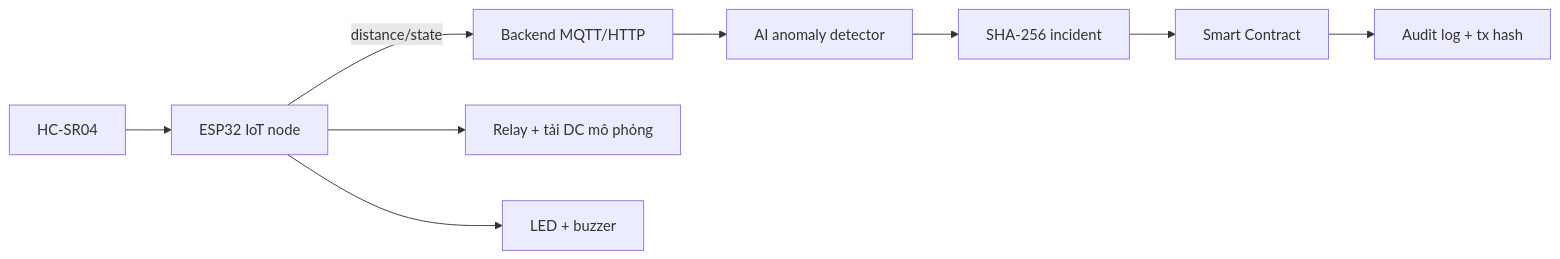
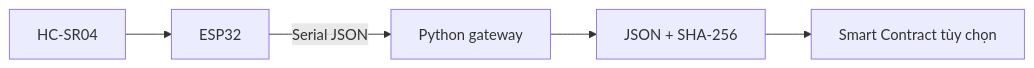
The diagram in docs/de_tai_2_esp32_sieu_am.md (DuckNguyenn/Blockchain), drawn with Mermaid before and after one commit. The commit also changed other lines of this file and 22 other files, not shown here.

````diff
--- a/docs/de_tai_2_esp32_sieu_am.md
+++ b/docs/de_tai_2_esp32_sieu_am.md
@@ -18,11 +11,7 @@
 ```mermaid
 flowchart LR
- S[HC-SR04] --> E[ESP32 IoT node]
- E -->|distance/state| B[Backend MQTT/HTTP]
- B --> A[AI anomaly detector]
- A --> H[SHA-256 incident]
- H --> C[Smart Contract]
- C --> L[Audit log + tx hash]
- E --> R[Relay + tải DC mô phỏng]
- E --> Z[LED + buzzer]
+ S[HC-SR04] --> E[ESP32]
+ E -->|Serial JSON| G[Python gateway]
+ G --> L[JSON + SHA-256]
+ L --> C[Smart Contract tùy chọn]
 ```
````
